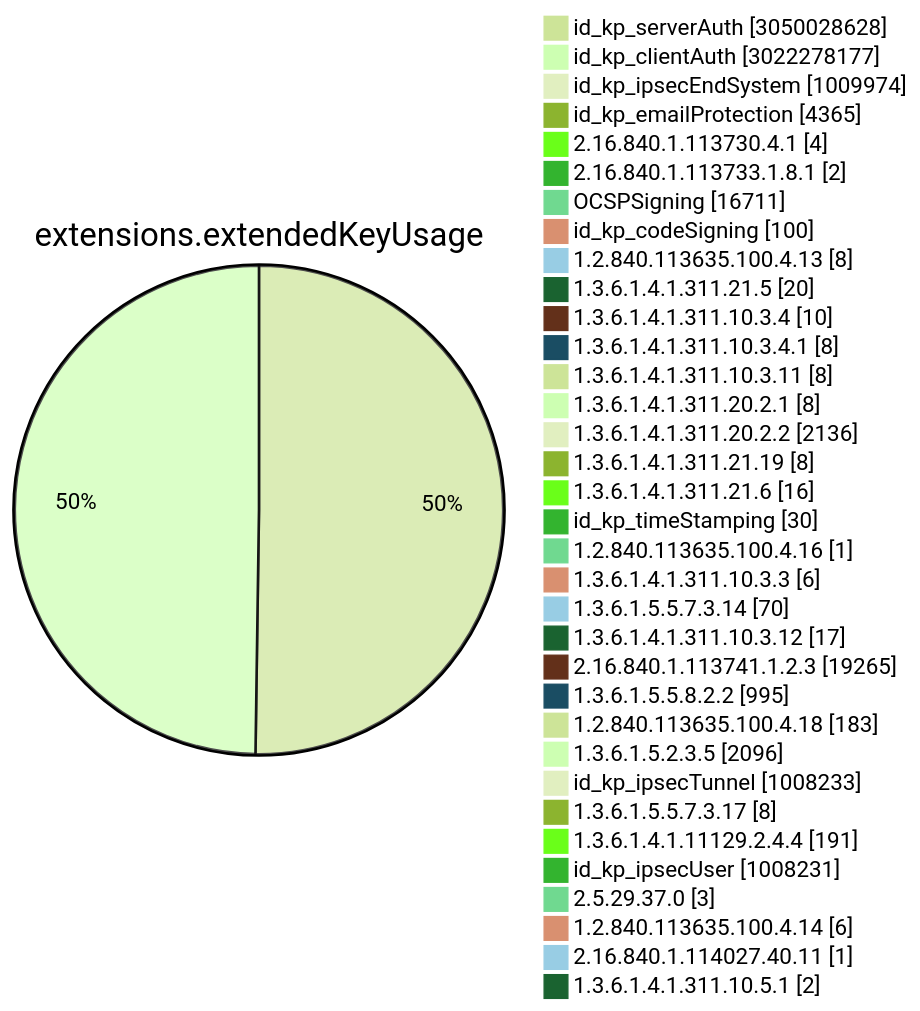
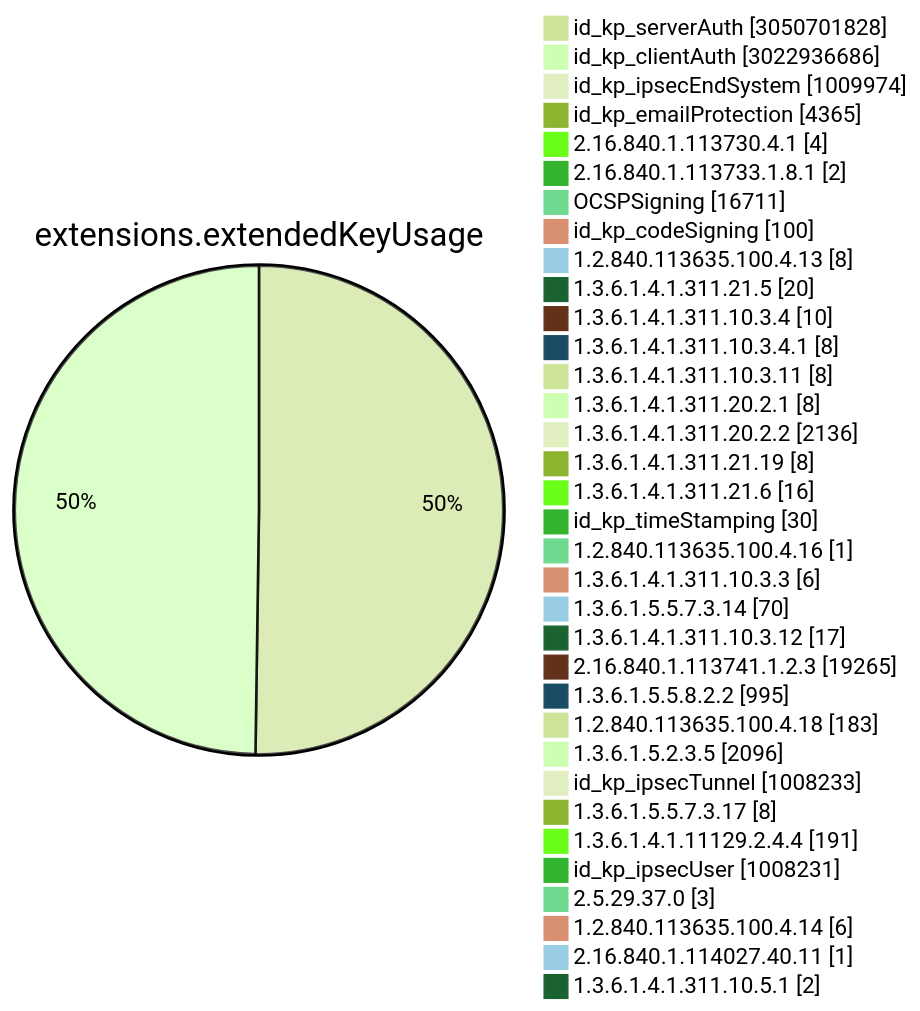
One commit to christiankrug/ctmonitor_visualization changed diagram 11 of 15 in TOTAL/README.md. Above: the diagram before and after it, drawn with Mermaid (forest theme). The commit also changed other lines of this file, not shown here.

````diff
--- a/TOTAL/README.md
+++ b/TOTAL/README.md
@@ -4116,38 +4117,38 @@
 ```mermaid
 pie showData
 title extensions.extendedKeyUsage
-"id_kp_serverAuth" :3050028628
-"id_kp_clientAuth" :3022278177
+"id_kp_serverAuth" :3050701828
+"id_kp_clientAuth" :3022936686
 "id_kp_ipsecEndSystem" :1009974
 "id_kp_emailProtection" :4365
 "2.16.840.1.113730.4.1" :4
 "2.16.840.1.113733.1.8.1" :2
 "OCSPSigning" :16711
 "id_kp_codeSigning" :100
 "1.2.840.113635.100.4.13" :8
 "1.3.6.1.4.1.311.21.5" :20
 "1.3.6.1.4.1.311.10.3.4" :10
 "1.3.6.1.4.1.311.10.3.4.1" :8
 "1.3.6.1.4.1.311.10.3.11" :8
 "1.3.6.1.4.1.311.20.2.1" :8
 "1.3.6.1.4.1.311.20.2.2" :2136
 "1.3.6.1.4.1.311.21.19" :8
 "1.3.6.1.4.1.311.21.6" :16
 "id_kp_timeStamping" :30
 "1.2.840.113635.100.4.16" :1
 "1.3.6.1.4.1.311.10.3.3" :6
 "1.3.6.1.5.5.7.3.14" :70
 "1.3.6.1.4.1.311.10.3.12" :17
 "2.16.840.1.113741.1.2.3" :19265
 "1.3.6.1.5.5.8.2.2" :995
 "1.2.840.113635.100.4.18" :183
 "1.3.6.1.5.2.3.5" :2096
 "id_kp_ipsecTunnel" :1008233
 "1.3.6.1.5.5.7.3.17" :8
 "1.3.6.1.4.1.11129.2.4.4" :191
 "id_kp_ipsecUser" :1008231
 "2.5.29.37.0" :3
 "1.2.840.113635.100.4.14" :6
 "2.16.840.1.114027.40.11" :1
 "1.3.6.1.4.1.311.10.5.1" :2
 ```
````
